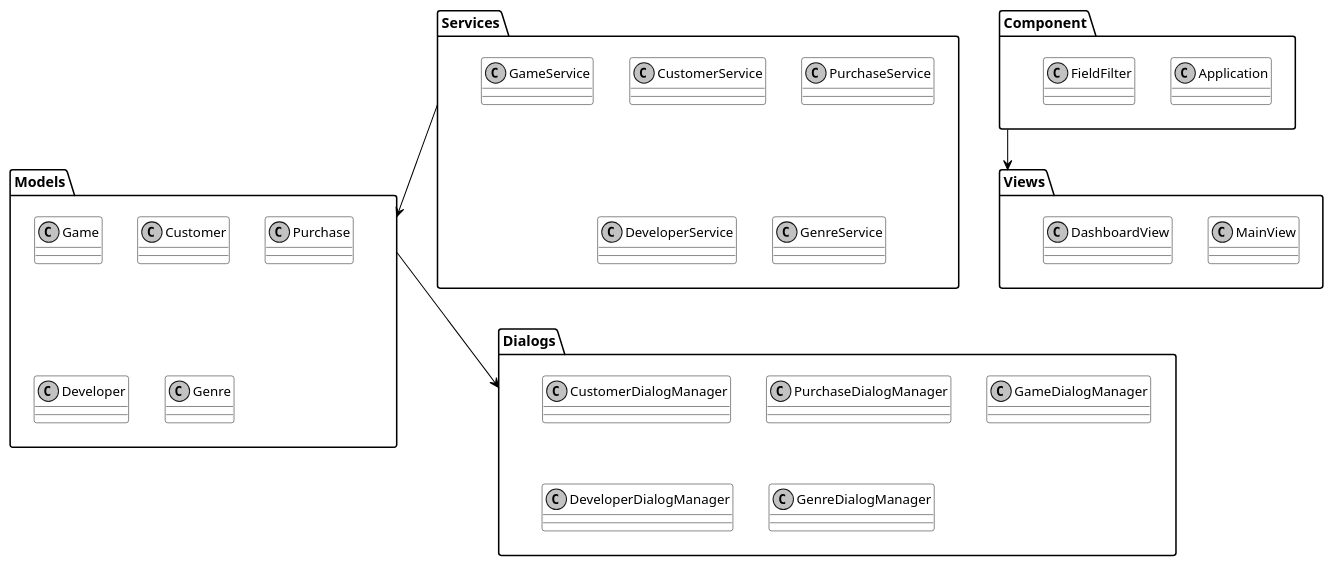
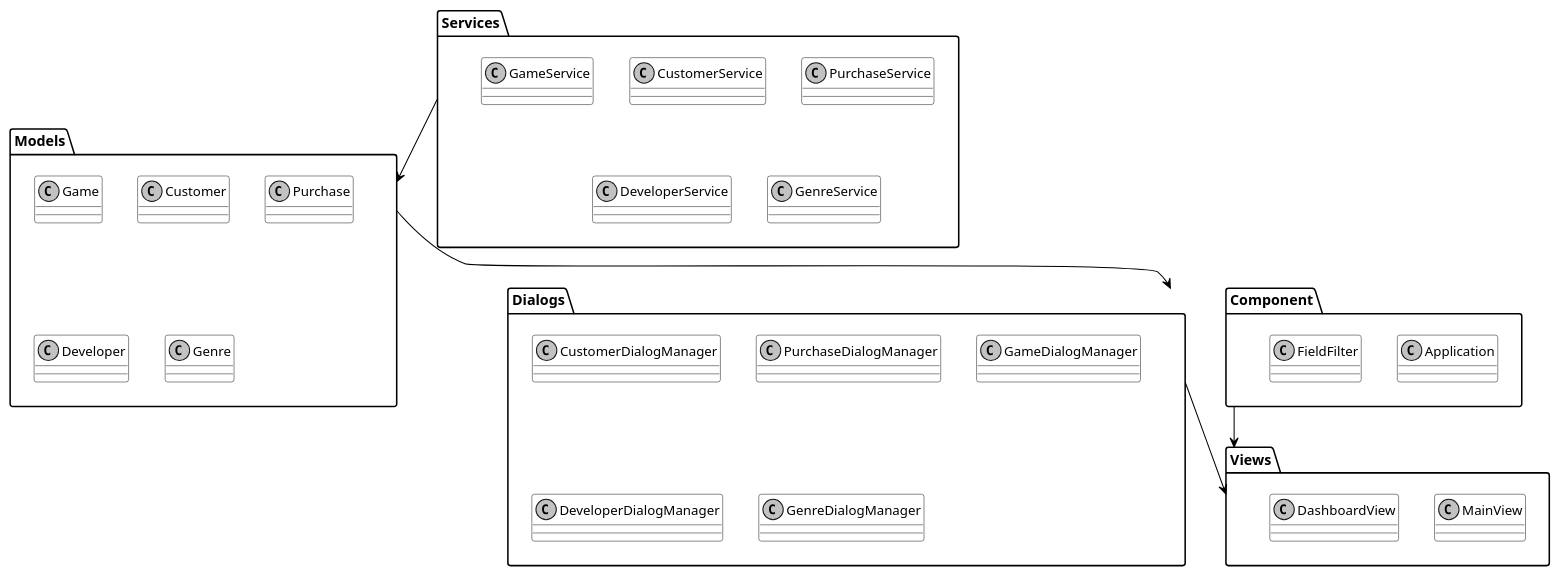
Before and after one commit to nastolbov/java: the diagram in module_structure.puml, drawn with PlantUML. The commit also changed 1 other file, not shown here.

Commit message:
Add Dialogs -> Views arrow in module structure
https://claude.ai/code/session_01HxFi9w1TCfk5sB3VMjfhJ4

```diff
--- a/module_structure.puml
+++ b/module_structure.puml
@@ -1,50 +1,51 @@
 @startuml ModuleStructure
 skinparam monochrome true
 skinparam shadowing false
 skinparam defaultFontName Arial
 skinparam defaultFontSize 13
 skinparam packageFontSize 14
 skinparam packageFontStyle bold
 skinparam classBackgroundColor #FFFFFF
 skinparam packageBackgroundColor #FFFFFF
 skinparam ArrowColor #000000
 
 package "Services" {
   class CustomerService
   class PurchaseService
   class GameService
   class DeveloperService
   class GenreService
 }
 
 package "Models" {
   class Game
   class Customer
   class Purchase
   class Developer
   class Genre
 }
 
 package "Dialogs" {
   class CustomerDialogManager
   class PurchaseDialogManager
   class GameDialogManager
   class DeveloperDialogManager
   class GenreDialogManager
 }
 
 package "Component" {
   class Application
   class FieldFilter
 }
 
 package "Views" {
   class MainView
   class DashboardView
 }
 
 Services --> Models
 Models --> Dialogs
+Dialogs --> Views
 Component --> Views
 
 @enduml
```
